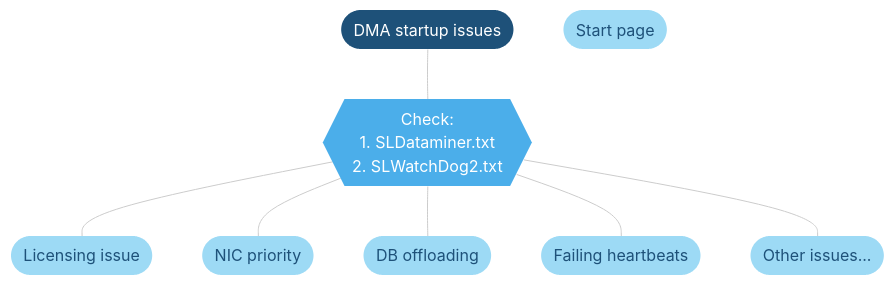
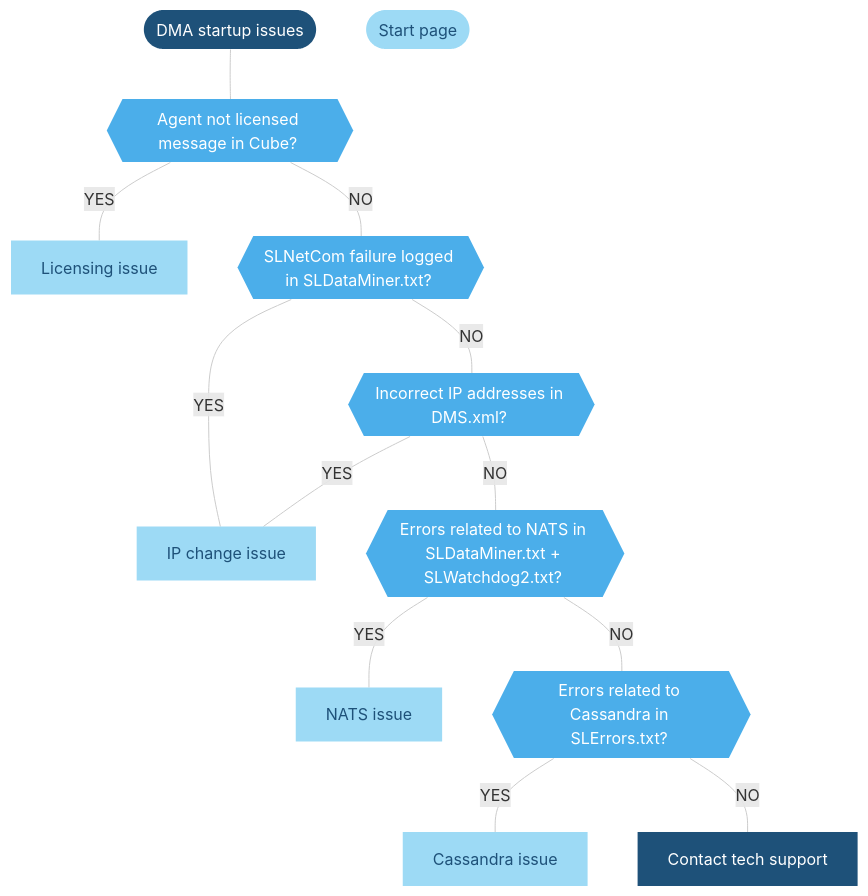
The diagram in user-guide/Troubleshooting/Troubleshooting_Flowcharts/Troubleshooting_Startup_Issues.md (SkylineCommunications/dataminer-docs), drawn with Mermaid before and after one commit. The commit also changed other lines of this file, not shown here.

Commit message:
Troubleshooting - startup issues

````diff
--- a/user-guide/Troubleshooting/Troubleshooting_Flowcharts/Troubleshooting_Startup_Issues.md
+++ b/user-guide/Troubleshooting/Troubleshooting_Flowcharts/Troubleshooting_Startup_Issues.md
@@ -10,33 +9,48 @@
 ```mermaid
 flowchart TD
 %% Define styles %%
 linkStyle default stroke:#cccccc
-classDef classTerminal fill:#1e5179,stroke:#1e5179,color:#ffffff,stroke-width:0px;
-classDef classDecision fill:#4baeea,stroke:#4baeea,color:#ffffff,stroke-width:0px;
+classDef LightBlue fill:#9DDAF5,stroke:#000070,stroke-width:0px, color:#1E5179;
+classDef Blue fill:#4BAEEA,stroke:#000070,stroke-width:0px, color:#FFFFFF;
+classDef DarkGray fill:#58595B,stroke:#000070,stroke-width:0px, color:#FFFFFF;
+classDef Gray fill:#999999,stroke:#000070,stroke-width:0px, color:#FFFFFF;
+classDef DarkBlue fill:#1E5179,stroke:#000070,stroke-width:0px, color:#FFFFFF;
 classDef classExternalRef fill:#9ddaf5,stroke:#9ddaf5,color:#1E5179,stroke-width:0px;
-classDef classActionClickable fill:#999999,stroke:#999999,color:#ffffff,stroke-width:0px;
-classDef classAction fill:#dddddd,stroke:#dddddd,color:#1E5179,stroke-width:0px;
-classDef classSolution fill:#58595b,stroke:#58595b,color:#ffffff,stroke-width:0px;
 %% Define blocks %%
-   START([DMA startup issues])
-   HOME([Start page])
-   CHECK1{{Check: <br>1. SLDataminer.txt <br>2. SLWatchDog2.txt}}
-   licensing([Licensing issue])
-   nicpriority([NIC priority])
-   dbOffloading([DB offloading])
-   failingHeartbeats([Failing heartbeats])
-   others([Other issues...])
+DMAStartupIssues([DMA startup issues])
+AgentNotLicensed{{"Agent not licensed message in Cube? <br/>"}}
+SLNetComFailure{{"SLNetCom failure logged in SLDataMiner.txt? <br/>"}}
+IncorrectIPAddresses{{"Incorrect IP addresses in DMS.xml? <br/>"}}
+NATSErrors{{"Errors related to NATS in SLDataMiner.txt + SLWatchdog2.txt? <br/>"}}
+CassandraErrors{{"Errors related to Cassandra in SLErrors.txt? <br/> "}}
+LicensingIssue["Licensing issue"]
+IPChangeIssue["IP change issue"]
+NATSIssue["NATS issue"]
+CassandraIssue["Cassandra issue"]
+ContactTechSupport["Contact tech support"]
 %% Connect blocks %%
-   START --- CHECK1
-   CHECK1 --- licensing
-   CHECK1 --- nicpriority
-   CHECK1 --- dbOffloading
-   CHECK1 --- failingHeartbeats
-   CHECK1 --- others
+DMAStartupIssues --- AgentNotLicensed
+Home([Start page])
+AgentNotLicensed --- |YES| LicensingIssue
+AgentNotLicensed --- |NO| SLNetComFailure
+SLNetComFailure --- |YES| IPChangeIssue
+SLNetComFailure --- |NO| IncorrectIPAddresses
+IncorrectIPAddresses --- |YES| IPChangeIssue
+IncorrectIPAddresses --- |NO| NATSErrors
+NATSErrors --- |YES| NATSIssue
+NATSErrors --- |NO| CassandraErrors
+CassandraErrors --- |YES| CassandraIssue
+CassandraErrors --- |NO| ContactTechSupport
 %% Define hyperlinks %%
-   click HOME "/user-guide/Troubleshooting/Troubleshooting_Flowcharts/Finding_a_Root_Cause.html"
+click Home "/user-guide/Troubleshooting/Troubleshooting_Flowcharts/Finding_a_Root_Cause.html"
+click LicensingIssue "/user-guide/Troubleshooting/Procedures/Troubleshooting_SLScripting_Issues.html#licensing-issue"
+click IPChangeIssue "/user-guide/Troubleshooting/Procedures/Troubleshooting_SLScripting_Issues.html#ip-change-issue"
+click NATSIssue "/user-guide/Troubleshooting/Procedures/Troubleshooting_SLScripting_Issues.html#nats-issue"
+click CassandraIssue "/user-guide/Troubleshooting/Procedures/Troubleshooting_SLScripting_Issues.html#cassandra-issue"
+click ContactTechSupport "/user-guide/Troubleshooting/Contacting_tech_support.html"
 %% Apply styles to blocks %%
-class START classTerminal;
-class CHECK1 classDecision;
-class HOME,licensing,nicpriority,dbOffloading,failingHeartbeats,others classExternalRef;
+class DMAStartupIssues,ContactTechSupport DarkBlue;
+class LicensingIssue,IPChangeIssue,NATSIssue,CassandraIssue classExternalRef;
+class AgentNotLicensed,SLNetComFailure,IncorrectIPAddresses,NATSErrors,CassandraErrors Blue;
+class Home LightBlue;
 ```
````
